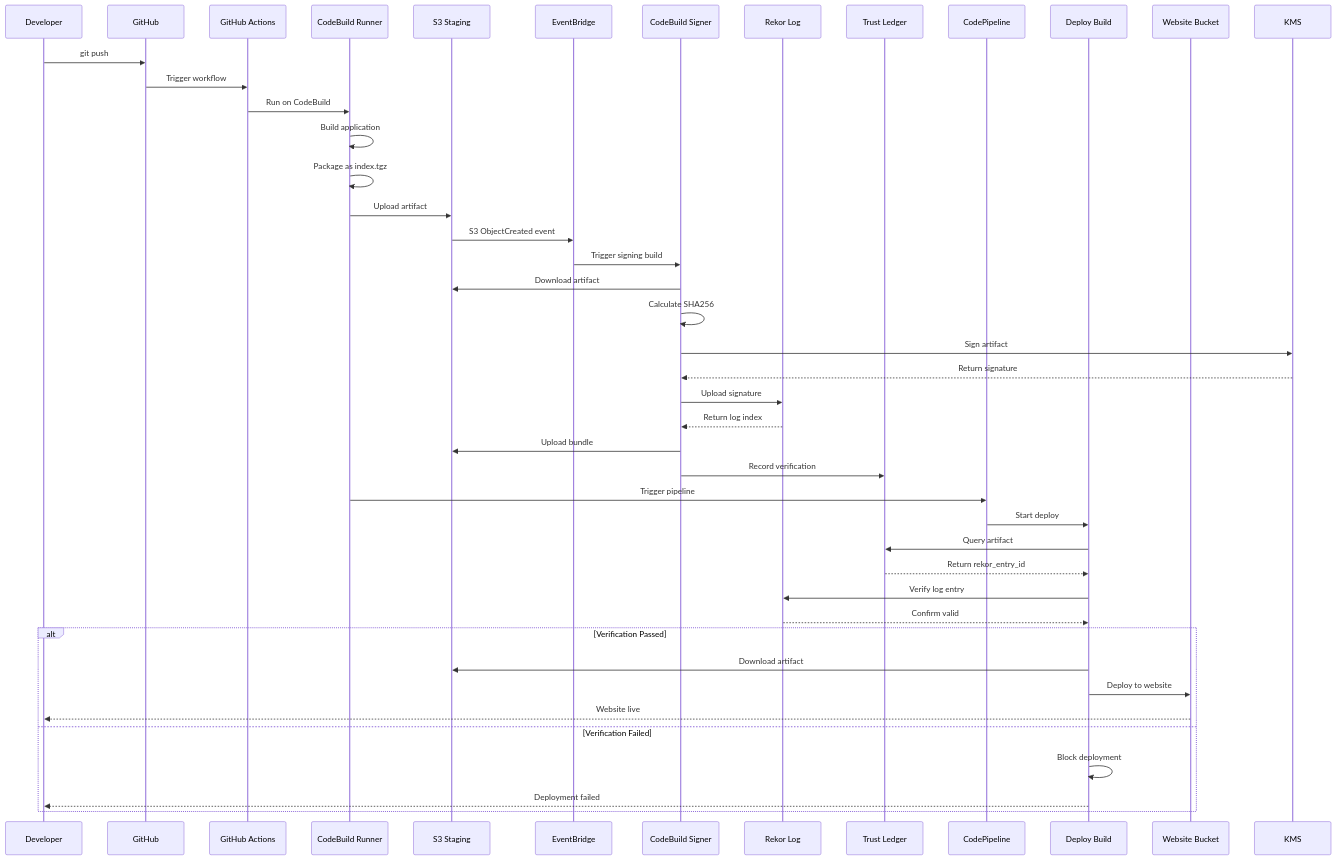
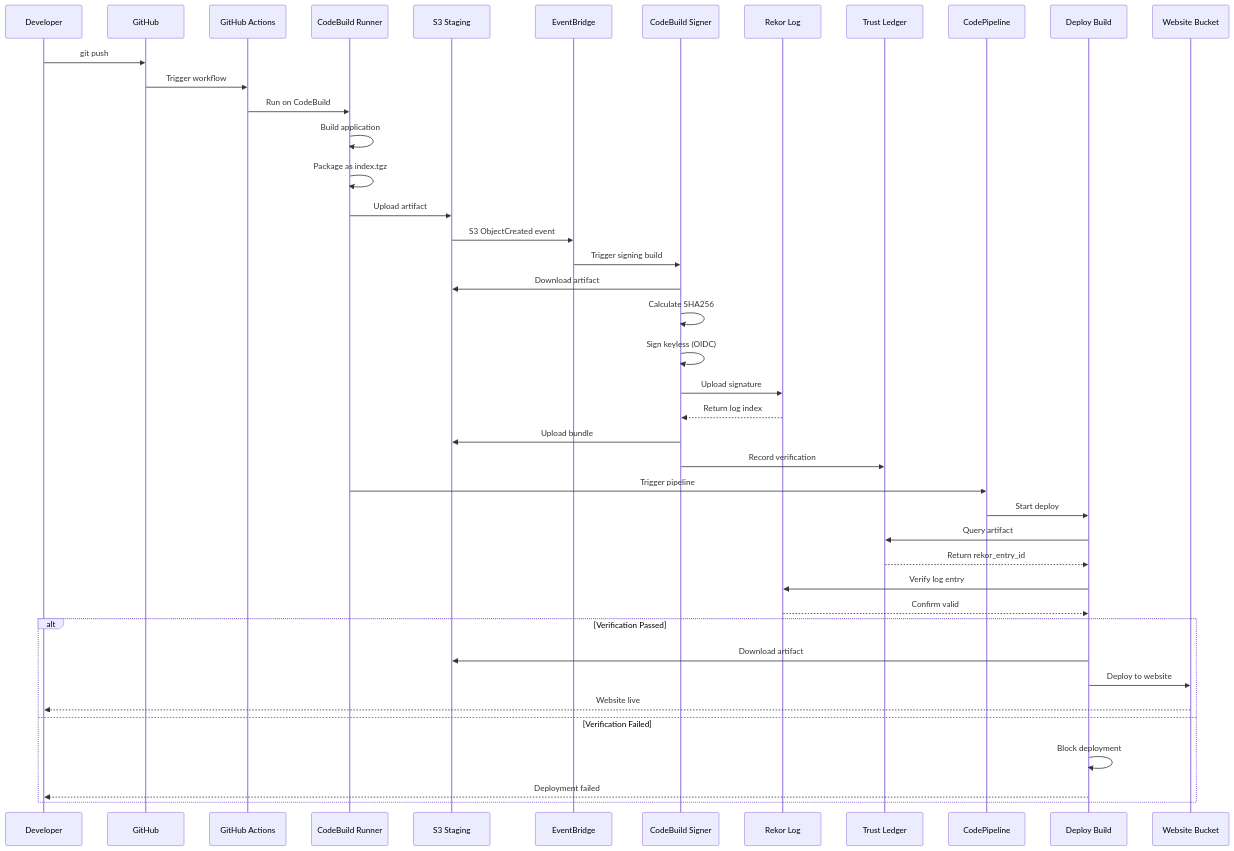
One commit to tanishk97/MICS295Capstone changed the second of 6 diagrams in TECHNICAL_DOCUMENTATION.md. Above: the diagram before and after it, drawn with Mermaid. The commit also changed other lines of this file, not shown here.

Commit message:
Remove all remaining KMS references from technical documentation

````diff
--- a/TECHNICAL_DOCUMENTATION.md
+++ b/TECHNICAL_DOCUMENTATION.md
@@ -318,51 +318,50 @@
 ```mermaid
 sequenceDiagram
     participant Dev as Developer
     participant GH as GitHub
     participant GHA as GitHub Actions
     participant CB1 as CodeBuild Runner
     participant S3S as S3 Staging
     participant EB as EventBridge
     participant CB2 as CodeBuild Signer
     participant Rekor as Rekor Log
     participant DDB as Trust Ledger
     participant CP as CodePipeline
     participant CB3 as Deploy Build
     participant S3W as Website Bucket
     
     Dev->>GH: git push
     GH->>GHA: Trigger workflow
     GHA->>CB1: Run on CodeBuild
     CB1->>CB1: Build application
     CB1->>CB1: Package as index.tgz
     CB1->>S3S: Upload artifact
     
     S3S->>EB: S3 ObjectCreated event
     EB->>CB2: Trigger signing build
     
     CB2->>S3S: Download artifact
     CB2->>CB2: Calculate SHA256
-    CB2->>KMS: Sign artifact
-    KMS-->>CB2: Return signature
+    CB2->>CB2: Sign keyless (OIDC)
     CB2->>Rekor: Upload signature
     Rekor-->>CB2: Return log index
     CB2->>S3S: Upload bundle
     CB2->>DDB: Record verification
     
     CB1->>CP: Trigger pipeline
     CP->>CB3: Start deploy
     
     CB3->>DDB: Query artifact
     DDB-->>CB3: Return rekor_entry_id
     CB3->>Rekor: Verify log entry
     Rekor-->>CB3: Confirm valid
     
     alt Verification Passed
         CB3->>S3S: Download artifact
         CB3->>S3W: Deploy to website
         S3W-->>Dev: Website live
     else Verification Failed
         CB3->>CB3: Block deployment
         CB3-->>Dev: Deployment failed
     end
 ```
````
